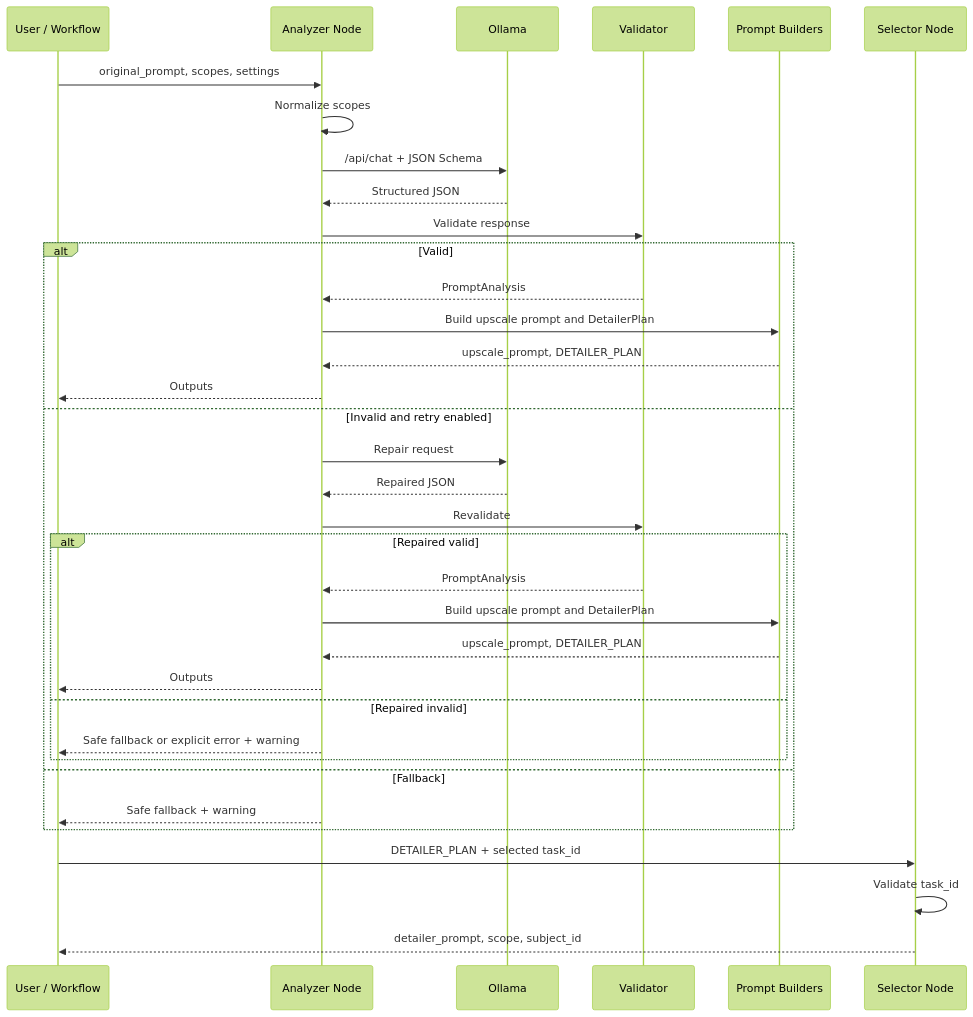
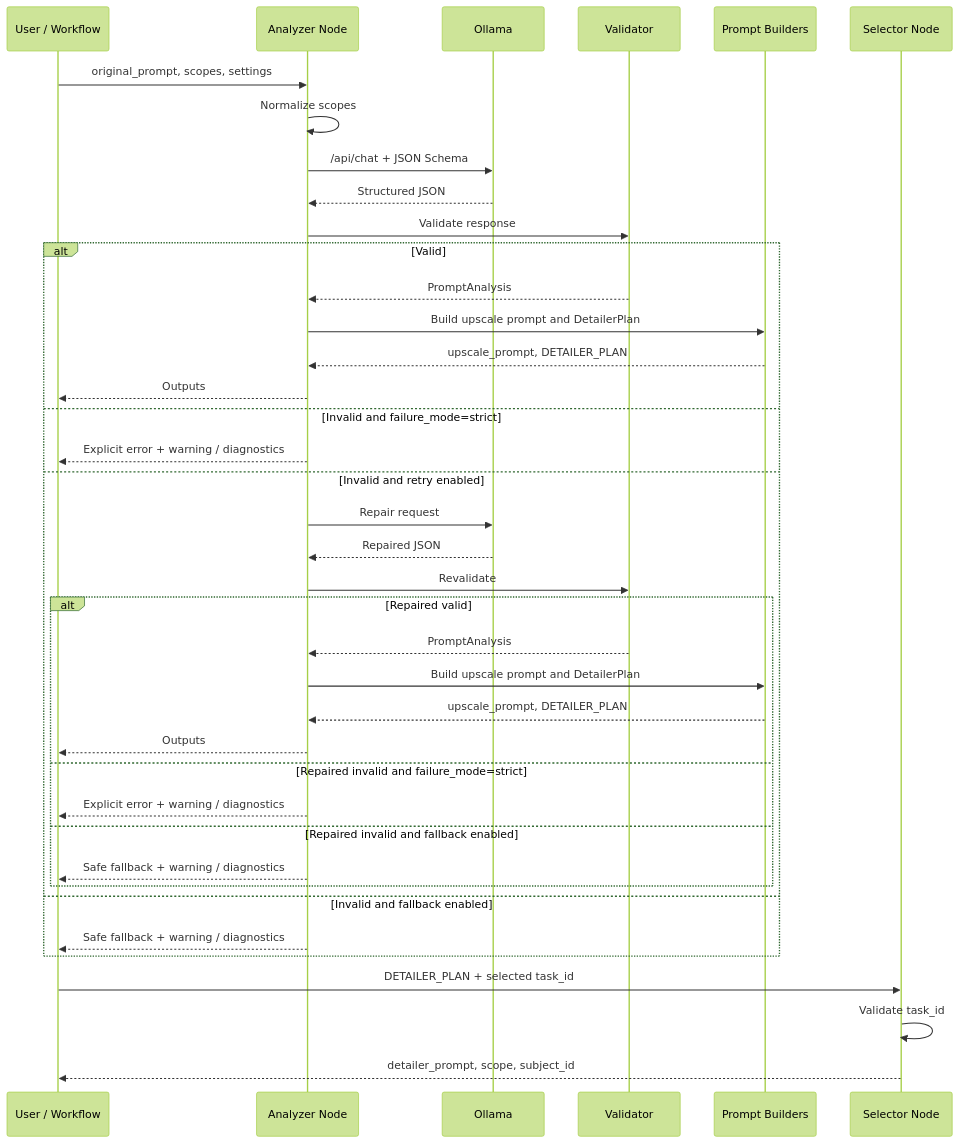
Before and after one commit to beastmaniaxxx/ComfyUI-Prompt-Detailer-Router: the third of 3 diagrams in docs/requirements/requirements-design-reference.md, drawn with Mermaid (forest theme). The commit also changed other lines of this file, not shown here.

````diff
--- a/docs/requirements/requirements-design-reference.md
+++ b/docs/requirements/requirements-design-reference.md
@@ -887,39 +907,43 @@
 ```mermaid
 sequenceDiagram
     participant U as User / Workflow
     participant A as Analyzer Node
     participant O as Ollama
     participant V as Validator
     participant B as Prompt Builders
     participant S as Selector Node
 
     U->>A: original_prompt, scopes, settings
     A->>A: Normalize scopes
     A->>O: /api/chat + JSON Schema
     O-->>A: Structured JSON
     A->>V: Validate response
     alt Valid
         V-->>A: PromptAnalysis
         A->>B: Build upscale prompt and DetailerPlan
         B-->>A: upscale_prompt, DETAILER_PLAN
         A-->>U: Outputs
+    else Invalid and failure_mode=strict
+        A-->>U: Explicit error + warning / diagnostics
     else Invalid and retry enabled
         A->>O: Repair request
         O-->>A: Repaired JSON
         A->>V: Revalidate
         alt Repaired valid
             V-->>A: PromptAnalysis
             A->>B: Build upscale prompt and DetailerPlan
             B-->>A: upscale_prompt, DETAILER_PLAN
             A-->>U: Outputs
-        else Repaired invalid
-            A-->>U: Safe fallback or explicit error + warning
+        else Repaired invalid and failure_mode=strict
+            A-->>U: Explicit error + warning / diagnostics
+        else Repaired invalid and fallback enabled
+            A-->>U: Safe fallback + warning / diagnostics
         end
-    else Fallback
-        A-->>U: Safe fallback + warning
+    else Invalid and fallback enabled
+        A-->>U: Safe fallback + warning / diagnostics
     end
 
     U->>S: DETAILER_PLAN + selected task_id
     S->>S: Validate task_id
     S-->>U: detailer_prompt, scope, subject_id
 ```
````
